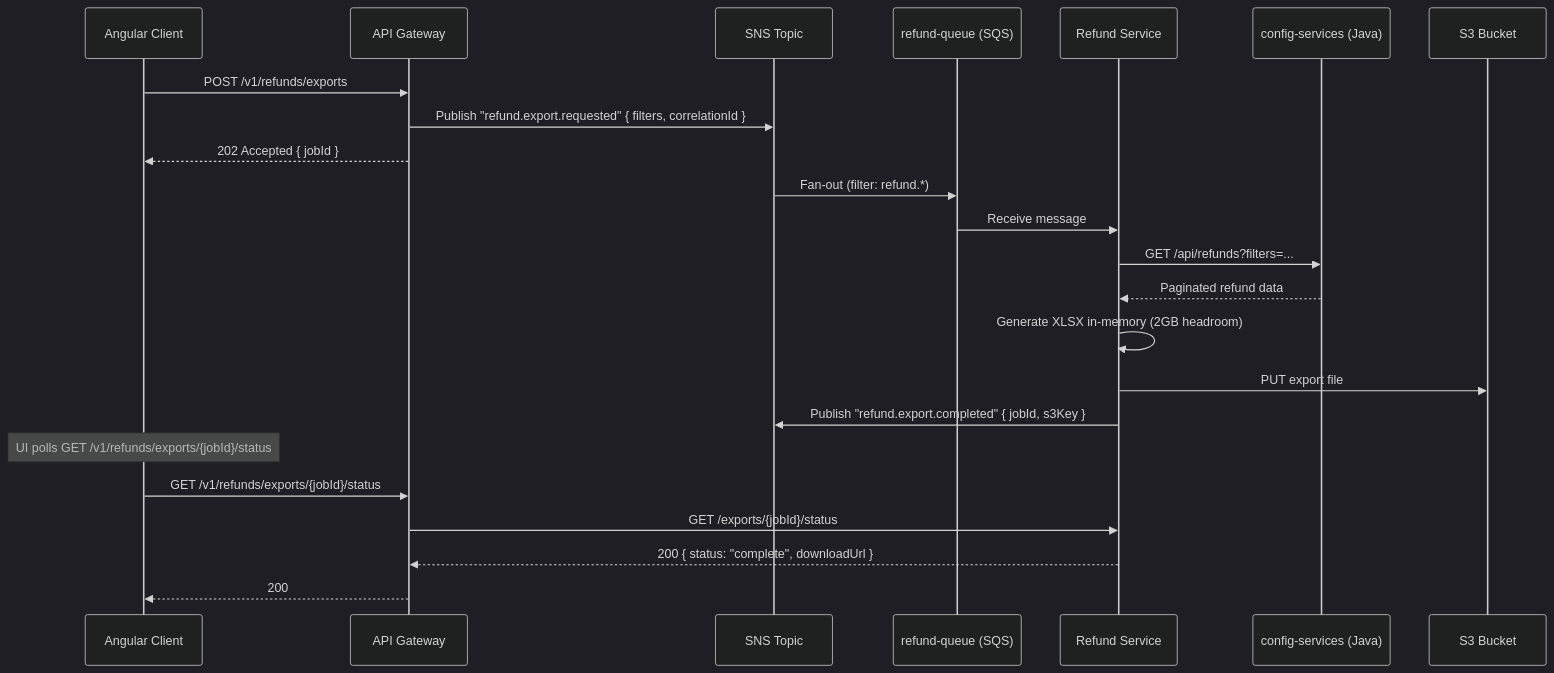
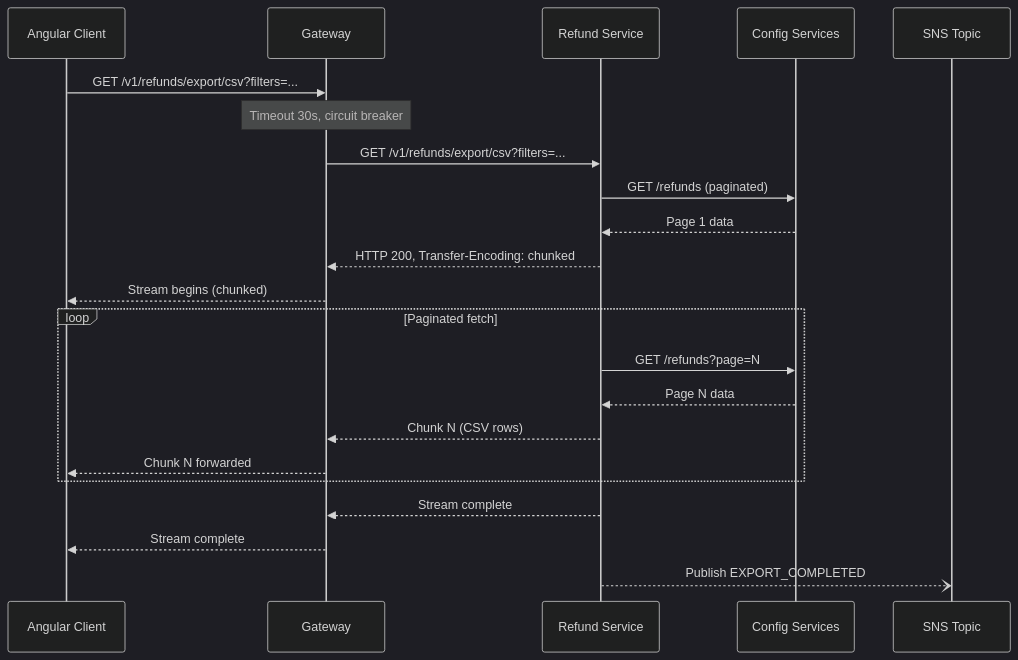
Before and after one commit to rsanchez-disney/steer-runtime: the fifth of 7 diagrams in tests/orchestration/architecture_spec_agent.md, drawn with Mermaid (dark theme). The commit also changed other lines of this file and 1 other file, not shown here.

````diff
--- a/tests/orchestration/architecture_spec_agent.md
+++ b/tests/orchestration/architecture_spec_agent.md
@@ -169,26 +342,25 @@
 ```mermaid
 sequenceDiagram
     participant UI as Angular Client
-    participant GW as API Gateway
+    participant GW as Gateway
+    participant RS as Refund Service
+    participant CS as Config Services
     participant SNS as SNS Topic
-    participant SQS as refund-queue (SQS)
-    participant RS as Refund Service
-    participant CS as config-services (Java)
-    participant S3 as S3 Bucket
 
-    UI->>GW: POST /v1/refunds/exports
-    GW->>SNS: Publish "refund.export.requested" { filters, correlationId }
-    GW-->>UI: 202 Accepted { jobId }
-    SNS->>SQS: Fan-out (filter: refund.*)
-    SQS->>RS: Receive message
-    RS->>CS: GET /api/refunds?filters=...
-    CS-->>RS: Paginated refund data
-    RS->>RS: Generate XLSX in-memory (2GB headroom)
-    RS->>S3: PUT export file
-    RS->>SNS: Publish "refund.export.completed" { jobId, s3Key }
-    Note over UI: UI polls GET /v1/refunds/exports/{jobId}/status
-    UI->>GW: GET /v1/refunds/exports/{jobId}/status
-    GW->>RS: GET /exports/{jobId}/status
-    RS-->>GW: 200 { status: "complete", downloadUrl }
-    GW-->>UI: 200
+    UI->>GW: GET /v1/refunds/export/csv?filters=...
+    Note over GW: Timeout 30s, circuit breaker
+    GW->>RS: GET /v1/refunds/export/csv?filters=...
+    RS->>CS: GET /refunds (paginated)
+    CS-->>RS: Page 1 data
+    RS-->>GW: HTTP 200, Transfer-Encoding: chunked
+    GW-->>UI: Stream begins (chunked)
+    loop Paginated fetch
+        RS->>CS: GET /refunds?page=N
+        CS-->>RS: Page N data
+        RS-->>GW: Chunk N (CSV rows)
+        GW-->>UI: Chunk N forwarded
+    end
+    RS-->>GW: Stream complete
+    GW-->>UI: Stream complete
+    RS--)SNS: Publish EXPORT_COMPLETED
 ```
````
